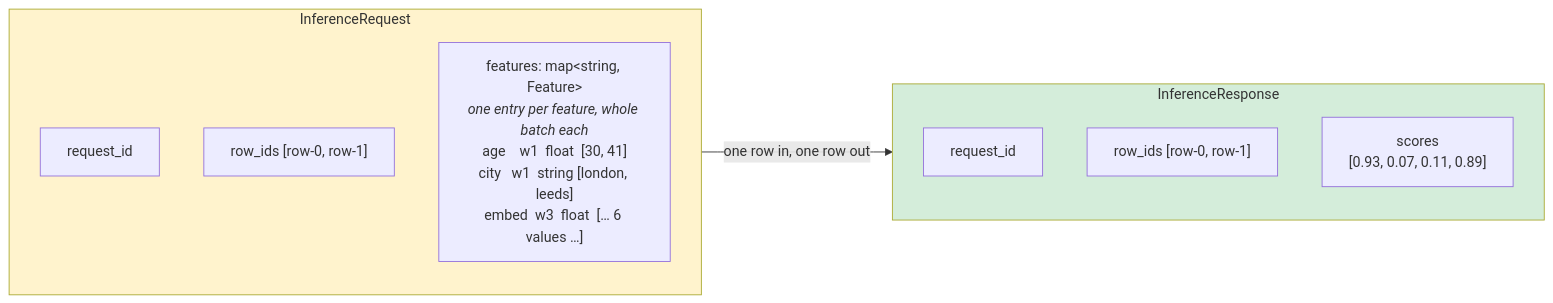
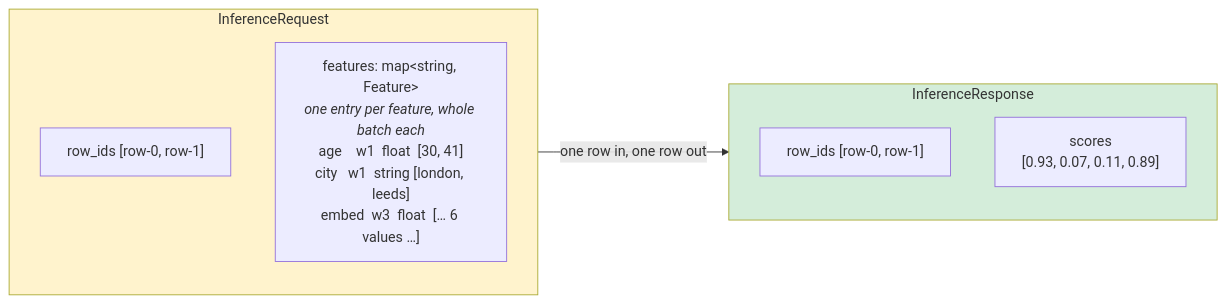
Before and after one commit to PratikBarhate/hushar: the second of 2 diagrams in README.md, drawn with Mermaid. The commit also changed other lines of this file and 3548 other files, not shown here.

````diff
--- a/README.md
+++ b/README.md
@@ -146,18 +58,16 @@
 ```mermaid
 flowchart LR
   subgraph req["InferenceRequest"]
     direction TB
-    rid["request_id"]
     ids["row_ids [row-0, row-1]"]
     arw["features: map&lt;string, Feature&gt;<br/><i>one entry per feature, whole batch each</i><br/>age    w1  float  [30, 41]<br/>city   w1  string [london, leeds]<br/>embed  w3  float  [… 6 values …]"]
   end
   subgraph res["InferenceResponse"]
     direction TB
-    sid["request_id"]
     oids["row_ids [row-0, row-1]"]
     osc["scores<br/>[0.93, 0.07, 0.11, 0.89]"]
   end
   req -->|"one row in, one row out"| res
   style req fill:#fff3cd
   style res fill:#d4edda
 ```
````
